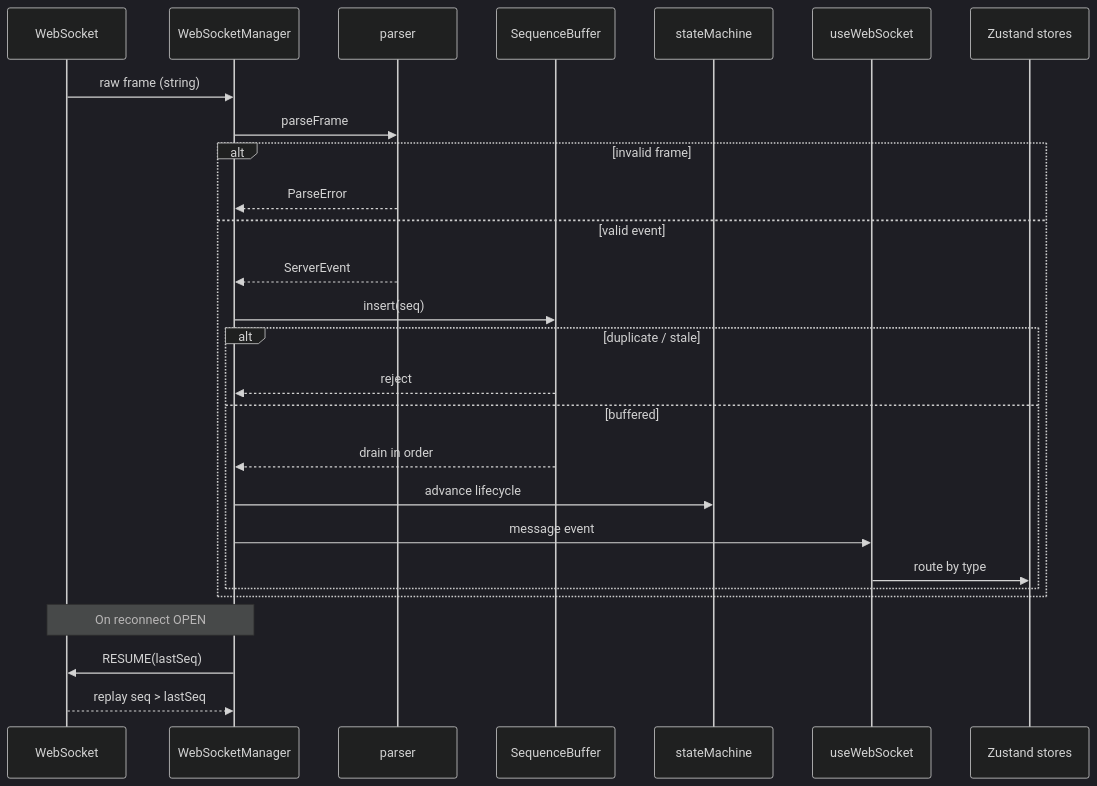
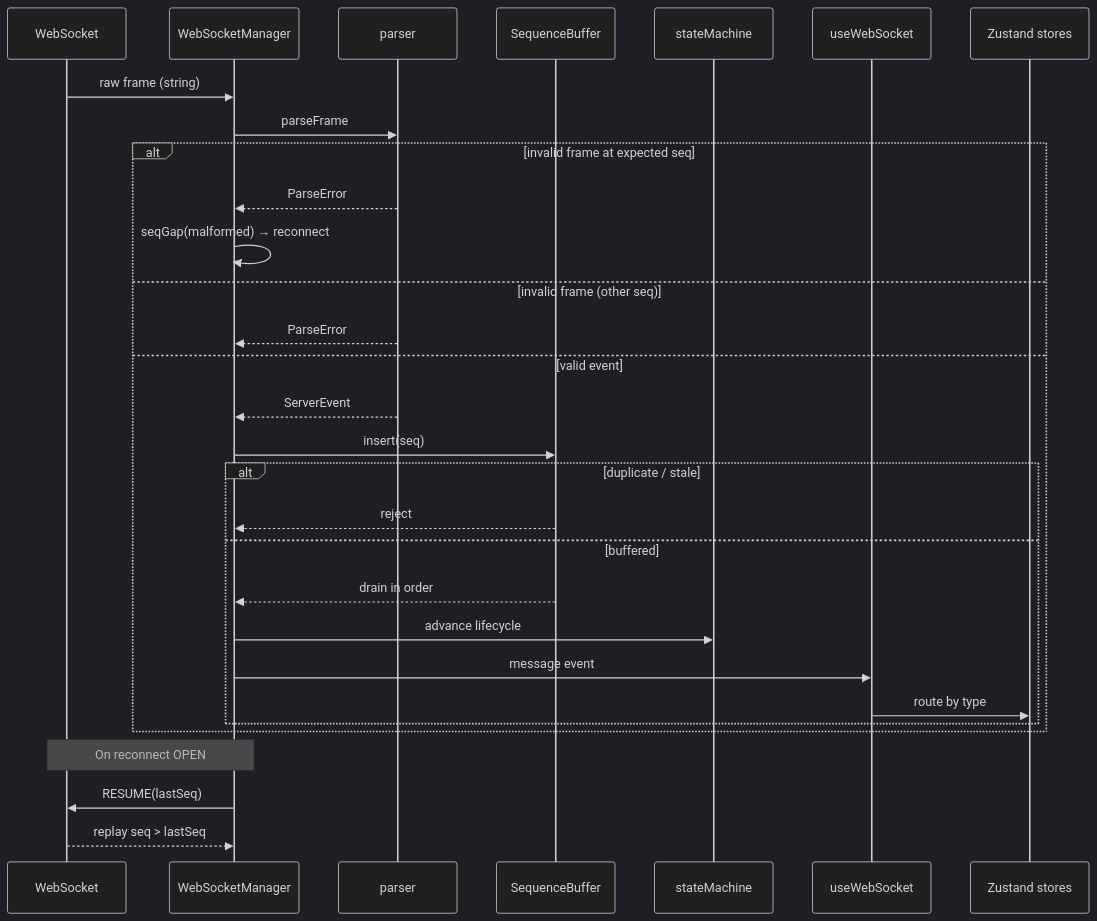
Before and after one commit to bavi404/Agent-Console: the third of 4 diagrams in README.md, drawn with Mermaid (dark theme). The commit also changed other lines of this file and 10 other files, not shown here.

````diff
--- a/README.md
+++ b/README.md
@@ -165,31 +165,34 @@
 ```mermaid
 sequenceDiagram
   participant WS as WebSocket
   participant Mgr as WebSocketManager
   participant P as parser
   participant SB as SequenceBuffer
   participant FSM as stateMachine
   participant Hook as useWebSocket
   participant Store as Zustand stores
 
   WS->>Mgr: raw frame (string)
   Mgr->>P: parseFrame
-  alt invalid frame
+  alt invalid frame at expected seq
+    P-->>Mgr: ParseError
+    Mgr->>Mgr: seqGap(malformed) → reconnect
+  else invalid frame (other seq)
     P-->>Mgr: ParseError
   else valid event
     P-->>Mgr: ServerEvent
     Mgr->>SB: insert(seq)
     alt duplicate / stale
       SB-->>Mgr: reject
     else buffered
       SB-->>Mgr: drain in order
       Mgr->>FSM: advance lifecycle
       Mgr->>Hook: message event
       Hook->>Store: route by type
     end
   end
 
   Note over Mgr,WS: On reconnect OPEN
   Mgr->>WS: RESUME(lastSeq)
   WS-->>Mgr: replay seq > lastSeq
 ```
````
